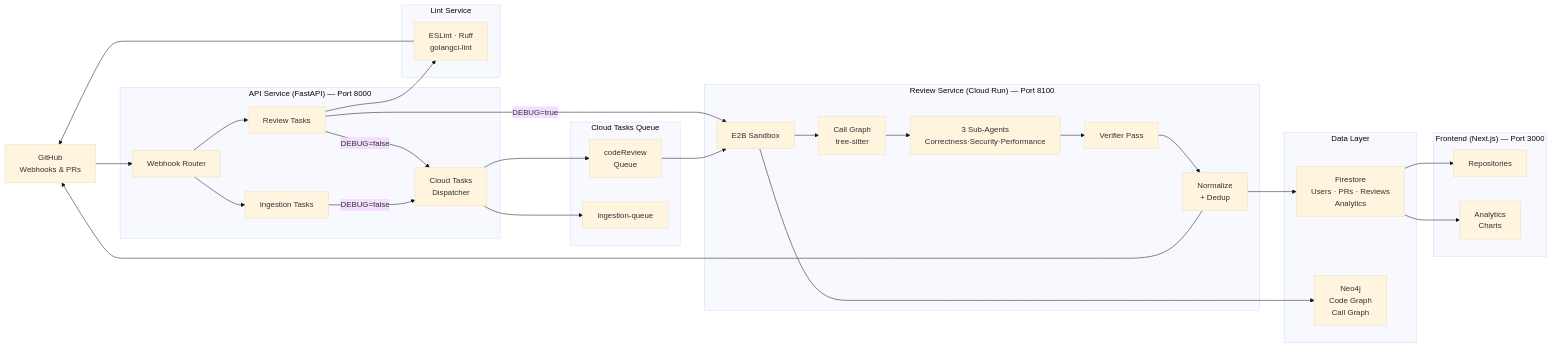
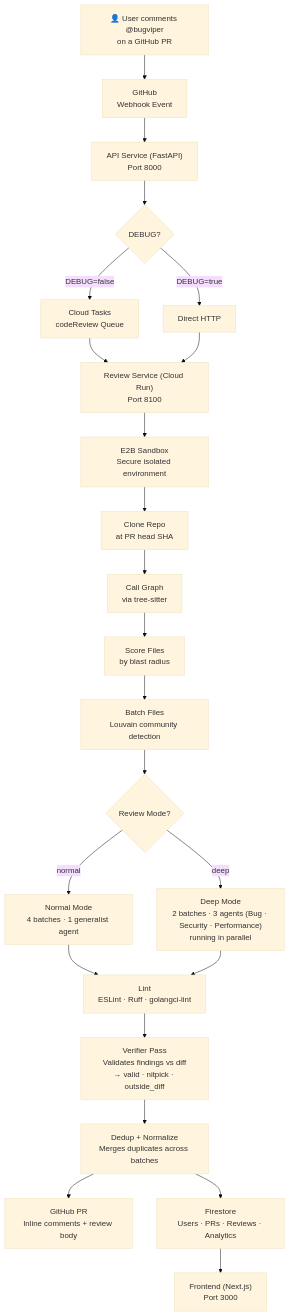
Before and after one commit to MabudAlam/BugViper: the diagram in README.md, drawn with Mermaid (base theme). The commit also changed other lines of this file, not shown here.

Commit message:
feat: update README to replace GIFs with videos for enhanced clarity and add architecture diagram

````diff
--- a/README.md
+++ b/README.md
@@ -41,60 +153,47 @@
 ```mermaid
-flowchart LR
-    GH["GitHub<br/>Webhooks & PRs"]
+flowchart TD
+    USER["👤 User comments @bugviper<br/>on a GitHub PR"]
+    GH["GitHub<br/>Webhook Event"]
+    API["API Service (FastAPI)<br/>Port 8000"]
+    DECIDE{"DEBUG?"}
+    CT["Cloud Tasks<br/>codeReview Queue"]
+    DIRECT["Direct HTTP"]
+    RS["Review Service (Cloud Run)<br/>Port 8100"]
+    SANDBOX["E2B Sandbox<br/>Secure isolated environment"]
+    CLONE["Clone Repo<br/>at PR head SHA"]
+    CALLGRAPH["Call Graph<br/>via tree-sitter"]
+    SCORE["Score Files<br/>by blast radius"]
+    BATCH["Batch Files<br/>Louvain community detection"]
+    AGENTS{"Review Mode?"}
+    NORMAL["Normal Mode<br/>4 batches · 1 generalist agent"]
+    DEEP["Deep Mode<br/>2 batches · 3 agents (Bug · Security · Performance)<br/>running in parallel"]
+    LINT["Lint<br/>ESLint · Ruff · golangci-lint"]
+    VERIFIER["Verifier Pass<br/>Validates findings vs diff<br/>→ valid · nitpick · outside_diff"]
+    DEDUP["Dedup + Normalize<br/>Merges duplicates across batches"]
+    GITHUB["GitHub PR<br/>Inline comments + review body"]
+    FIRESTORE["Firestore<br/>Users · PRs · Reviews · Analytics"]
+    DASHBOARD["Frontend (Next.js)<br/>Port 3000"]
 
-    subgraph API["API Service (FastAPI) — Port 8000"]
-        WH[Webhook Router] --> RT[Review Tasks]
-        WH --> IT[Ingestion Tasks]
-        CT[Cloud Tasks<br/>Dispatcher]
-    end
-
-    subgraph Queue["Cloud Tasks Queue"]
-        Q1["codeReview<br/>Queue"]
-        Q2["ingestion-queue"]
-    end
-
-    subgraph Review["Review Service (Cloud Run) — Port 8100"]
-        E2B[E2B Sandbox]
-        CG[Call Graph<br/>tree-sitter]
-        NORM[Normalize<br/>+ Dedup]
-        VERT[Verifier Pass]
-        SUB3[3 Sub-Agents<br/>Correctness·Security·Performance]
-    end
-
-    subgraph Lint["Lint Service"]
-        LINT[ESLint · Ruff<br/>golangci-lint]
-    end
-
-    GH --> WH
-    RT -->|DEBUG=true| E2B
-    RT -->|DEBUG=false| CT
-    CT --> Q1
-    Q1 --> E2B
-    IT -->|DEBUG=false| CT
-    CT --> Q2
-
-    E2B --> CG
-    CG --> SUB3
-    SUB3 --> VERT
-    VERT --> NORM
-    NORM --> GH
-
-    RT --> LINT
-    LINT --> GH
-
-    subgraph Data["Data Layer"]
-        FS[Firestore<br/>Users · PRs · Reviews<br/>Analytics]
-        N4J[Neo4j<br/>Code Graph<br/>Call Graph]
-    end
-
-    E2B --> N4J
-    NORM --> FS
-
-    subgraph Dashboard["Frontend (Next.js) — Port 3000"]
-        REPO[Repositories]
-        ANAL[Analytics<br/>Charts]
-    end
-
-    FS --> ANAL
-    FS --> REPO
+    USER --> GH
+    GH --> API
+    API --> DECIDE
+    DECIDE -->|"DEBUG=false"| CT
+    DECIDE -->|"DEBUG=true"| DIRECT
+    CT --> RS
+    DIRECT --> RS
+    RS --> SANDBOX
+    SANDBOX --> CLONE
+    CLONE --> CALLGRAPH
+    CALLGRAPH --> SCORE
+    SCORE --> BATCH
+    BATCH --> AGENTS
+    AGENTS -->|normal| NORMAL
+    AGENTS -->|deep| DEEP
+    NORMAL --> LINT
+    DEEP --> LINT
+    LINT --> VERIFIER
+    VERIFIER --> DEDUP
+    DEDUP --> GITHUB
+    DEDUP --> FIRESTORE
+    FIRESTORE --> DASHBOARD
 ```
````
